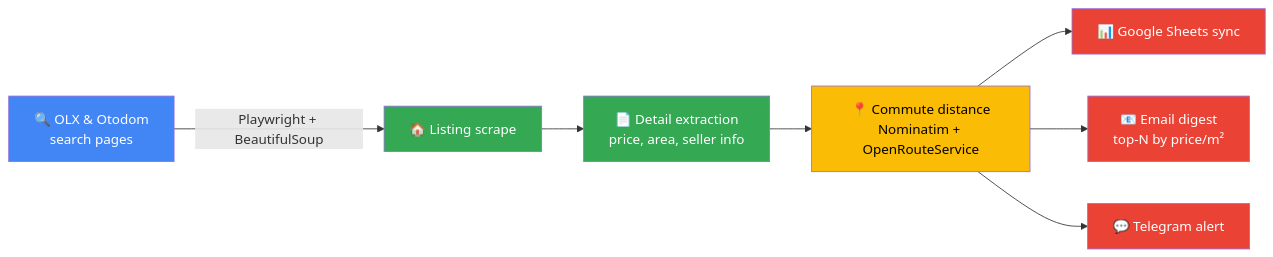
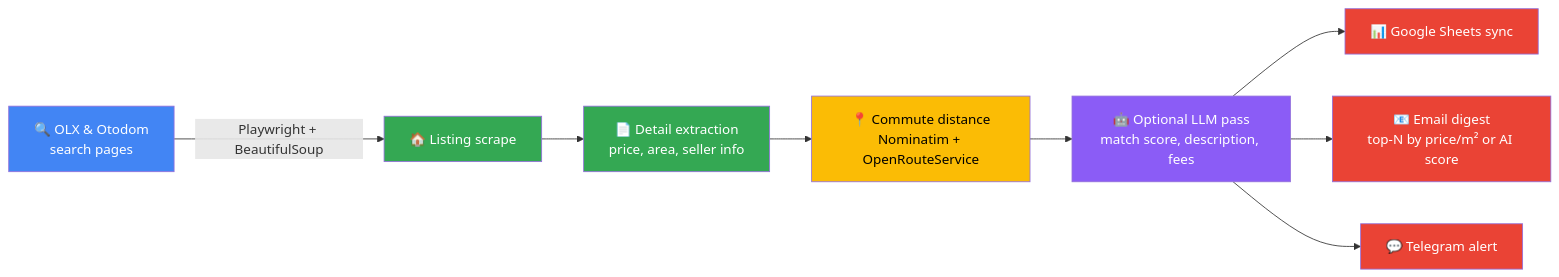
One commit to olaf-siestrzykowski/apartment-scraper-oss changed the diagram in README.md. Above: the diagram before and after it, drawn with Mermaid. The commit also changed other lines of this file and 1 other file, not shown here.

````diff
--- a/README.md
+++ b/README.md
@@ -17,17 +17,19 @@
 ```mermaid
 flowchart LR
     A[🔍 OLX & Otodom<br/>search pages] -->|Playwright + BeautifulSoup| B[🏠 Listing scrape]
     B --> C[📄 Detail extraction<br/>price, area, seller info]
     C --> D[📍 Commute distance<br/>Nominatim + OpenRouteService]
-    D --> E[📊 Google Sheets sync]
-    D --> F[📧 Email digest<br/>top-N by price/m²]
-    D --> G[💬 Telegram alert]
+    D --> L[🤖 Optional LLM pass<br/>match score, description, fees]
+    L --> E[📊 Google Sheets sync]
+    L --> F[📧 Email digest<br/>top-N by price/m² or AI score]
+    L --> G[💬 Telegram alert]
 
     style A fill:#4285F4,color:#fff
     style B fill:#34A853,color:#fff
     style C fill:#34A853,color:#fff
     style D fill:#FBBC05,color:#000
+    style L fill:#8B5CF6,color:#fff
     style E fill:#EA4335,color:#fff
     style F fill:#EA4335,color:#fff
     style G fill:#EA4335,color:#fff
 ```
````
